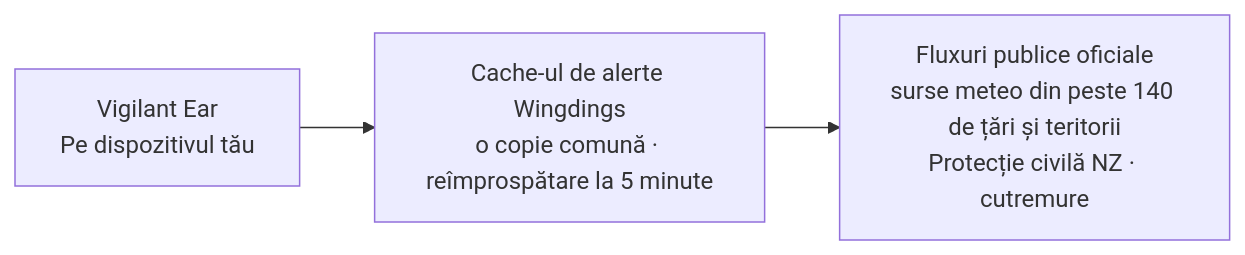
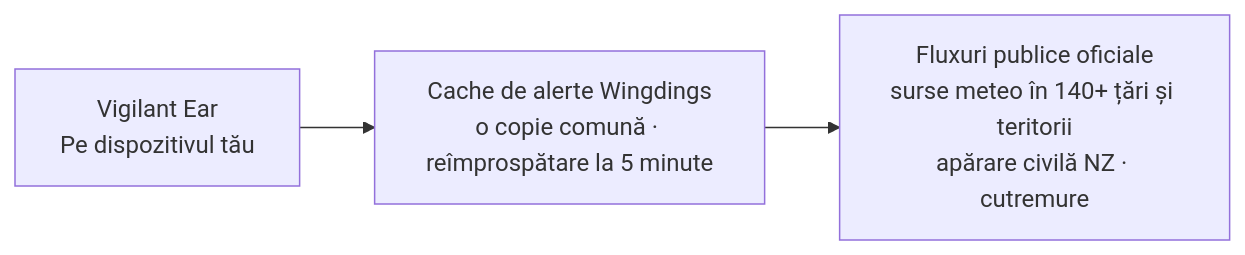
One commit to rpalm01-star/VigilantEarLegal changed the fourth of 4 diagrams in README_ro.md. Above: the diagram before and after it, drawn with Mermaid. The commit also changed other lines of this file and 14 other files, not shown here.

````diff
--- a/README_ro.md
+++ b/README_ro.md
@@ -182,5 +201,5 @@
 ```mermaid
 graph LR
-    P1["Vigilant Ear<br/>Pe dispozitivul tău"] --> W["Cache-ul de alerte Wingdings<br/>o copie comună · reîmprospătare la 5 minute"]
-    W --> N["Fluxuri publice oficiale<br/>surse meteo din peste 140 de țări și teritorii<br/>Protecție civilă NZ · cutremure"]
+    P1["Vigilant Ear<br/>Pe dispozitivul tău"] --> W["Cache de alerte Wingdings<br/>o copie comună · reîmprospătare la 5 minute"]
+    W --> N["Fluxuri publice oficiale<br/>surse meteo în 140+ țări și teritorii<br/>apărare civilă NZ · cutremure"]
 ```
````
